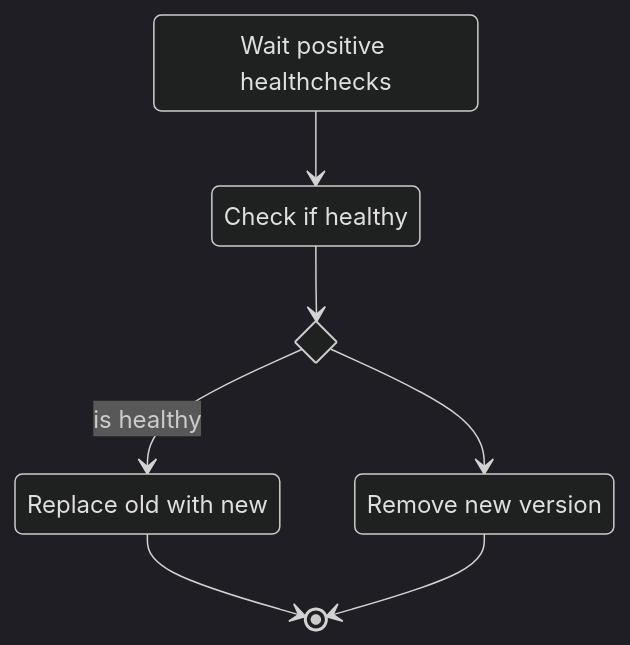
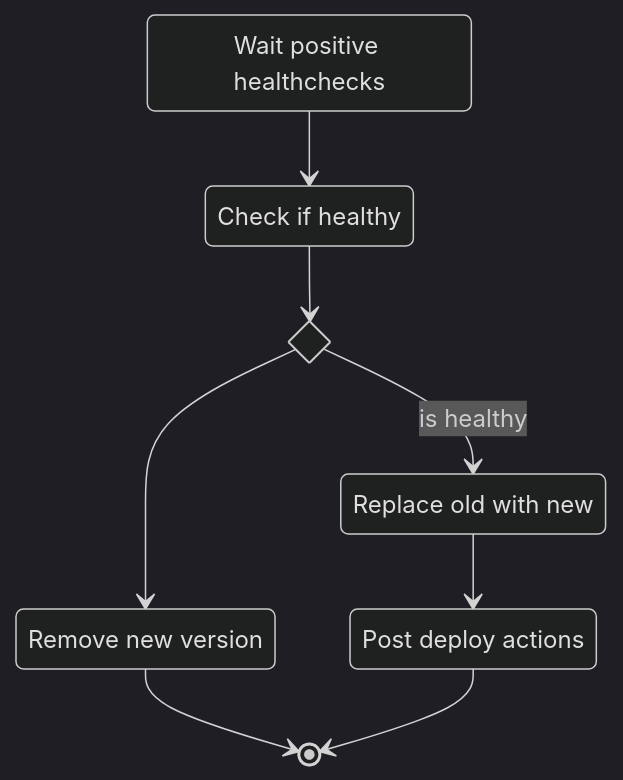
The third of 4 diagrams in README.md (anddimario/interstellar), drawn with Mermaid (dark theme) before and after one commit. The commit also changed other lines of this file and 6 other files, not shown here.

````diff
--- a/README.md
+++ b/README.md
@@ -67,14 +72,16 @@
 ```mermaid
 stateDiagram-v2
   wait: Wait positive healthchecks
   check: Check if healthy
   replace: Replace old with new
   not_healthy: Remove new version
+  post_deploy: Post deploy actions
   state is_healthy <<choice>>
   wait --> check
   check --> is_healthy
   is_healthy --> replace : is healthy
   is_healthy --> not_healthy
-  replace --> [*]
   not_healthy --> [*]
+  replace --> post_deploy
+  post_deploy --> [*]
 ```
````
